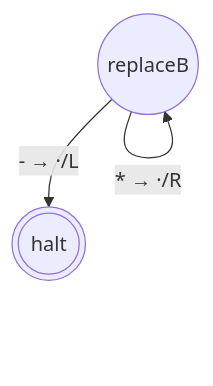
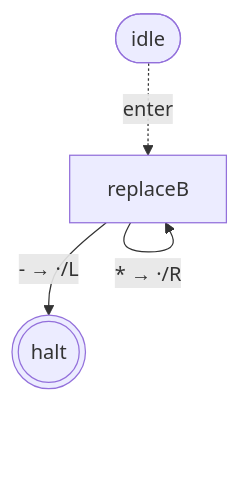
The second of 8 diagrams in packages/machine/README.md (mellonis/turing-machine-js), drawn with Mermaid before and after one commit. The commit also changed other lines of this file and 5 other files, not shown here.

````diff
--- a/packages/machine/README.md
+++ b/packages/machine/README.md
@@ -89,9 +89,11 @@
 ```mermaid
 flowchart TD
 %% alphabets: [[" ","a","b","c","*"]]
   s0(((halt)))
-  s1(("replaceB"))
+  s1["replaceB"]
+  idle([idle])
+  idle -. enter .-> s1
   s1 -- "b → */R" --> s1
   s1 -- "- → ·/L" --> s0
   s1 -- "* → ·/R" --> s1
 ```
````
